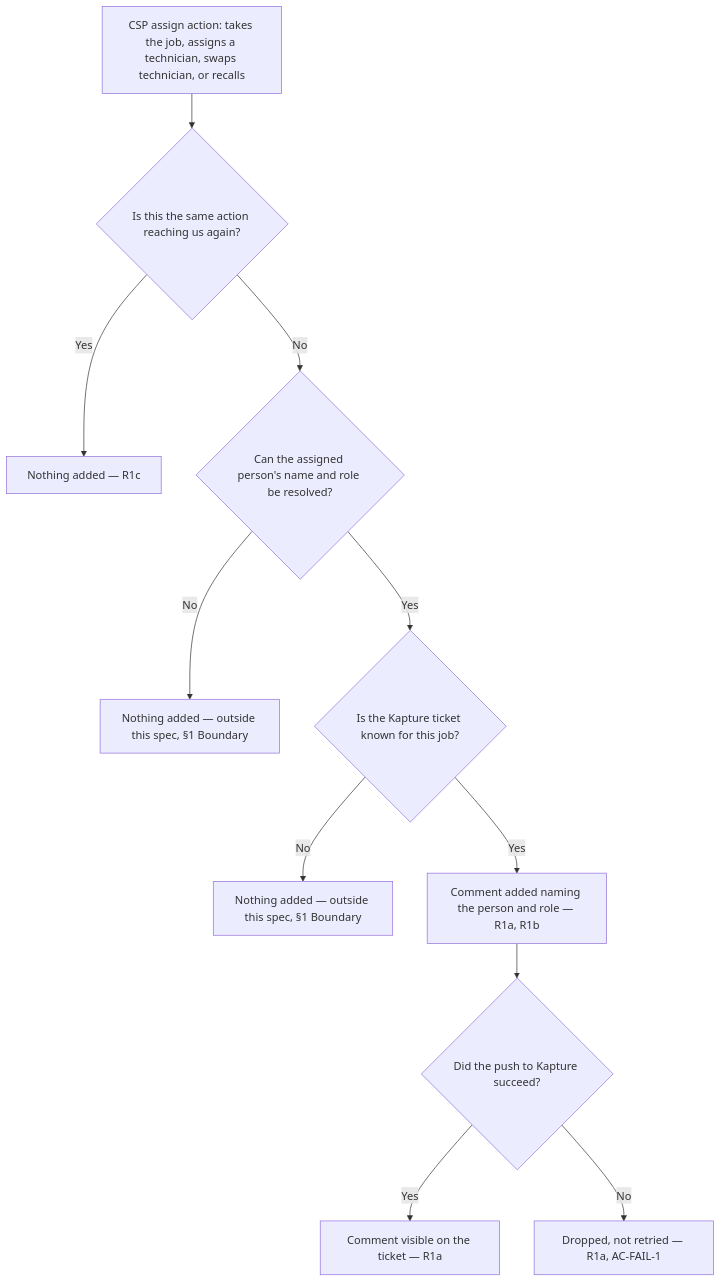
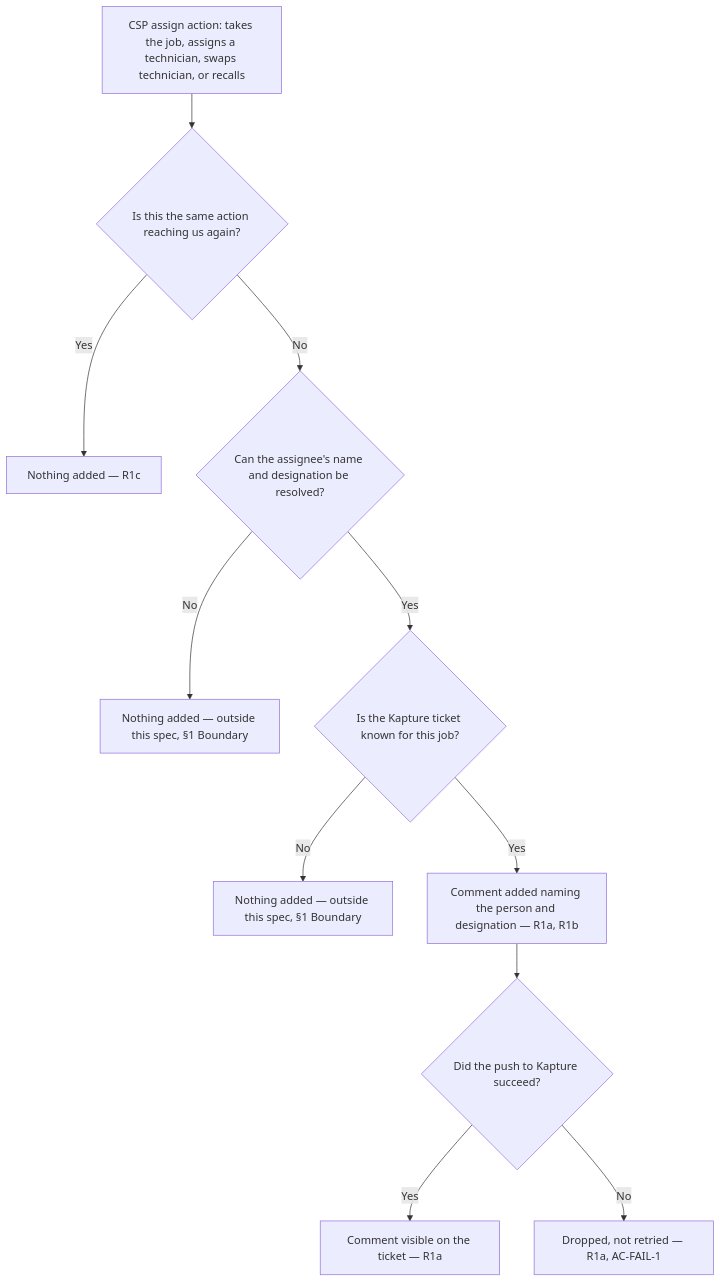
One commit to ashish-raj-wiom/service-ticket-kapture-signal-prd changed the diagram in Kapture_Assignment_Comment_PRD.md. Above: the diagram before and after it, drawn with Mermaid. The commit also changed other lines of this file, not shown here.

First line of the commit message:
Review pass: carry the designation change through the rest of the document

````diff
--- a/Kapture_Assignment_Comment_PRD.md
+++ b/Kapture_Assignment_Comment_PRD.md
@@ -67,13 +67,13 @@
 ```mermaid
 flowchart TD
     A["CSP assign action: takes the job, assigns a technician, swaps technician, or recalls"] --> B{"Is this the same action reaching us again?"}
     B -- "Yes" --> C["Nothing added — R1c"]
-    B -- "No" --> D{"Can the assigned person's name and role be resolved?"}
+    B -- "No" --> D{"Can the assignee's name and designation be resolved?"}
     D -- "No" --> E["Nothing added — outside this spec, §1 Boundary"]
     D -- "Yes" --> F{"Is the Kapture ticket known for this job?"}
     F -- "No" --> G["Nothing added — outside this spec, §1 Boundary"]
-    F -- "Yes" --> H["Comment added naming the person and role — R1a, R1b"]
+    F -- "Yes" --> H["Comment added naming the person and designation — R1a, R1b"]
     H --> I{"Did the push to Kapture succeed?"}
     I -- "Yes" --> J["Comment visible on the ticket — R1a"]
     I -- "No" --> K["Dropped, not retried — R1a, AC-FAIL-1"]
 ```
````
